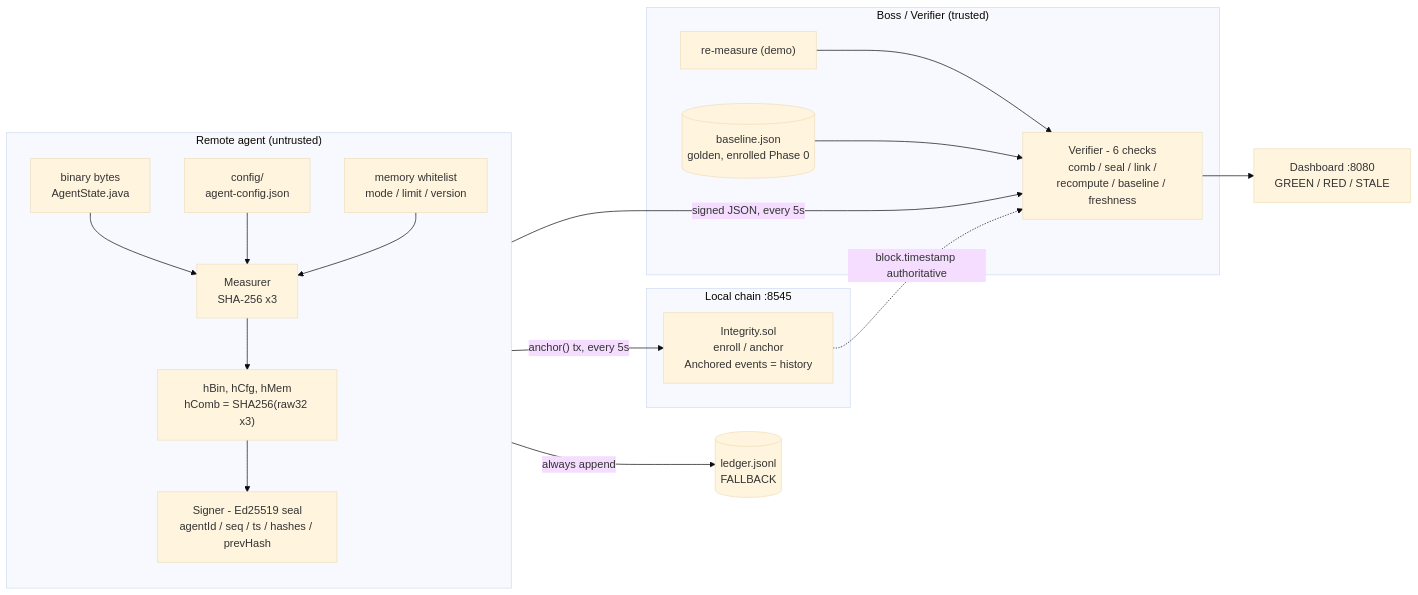
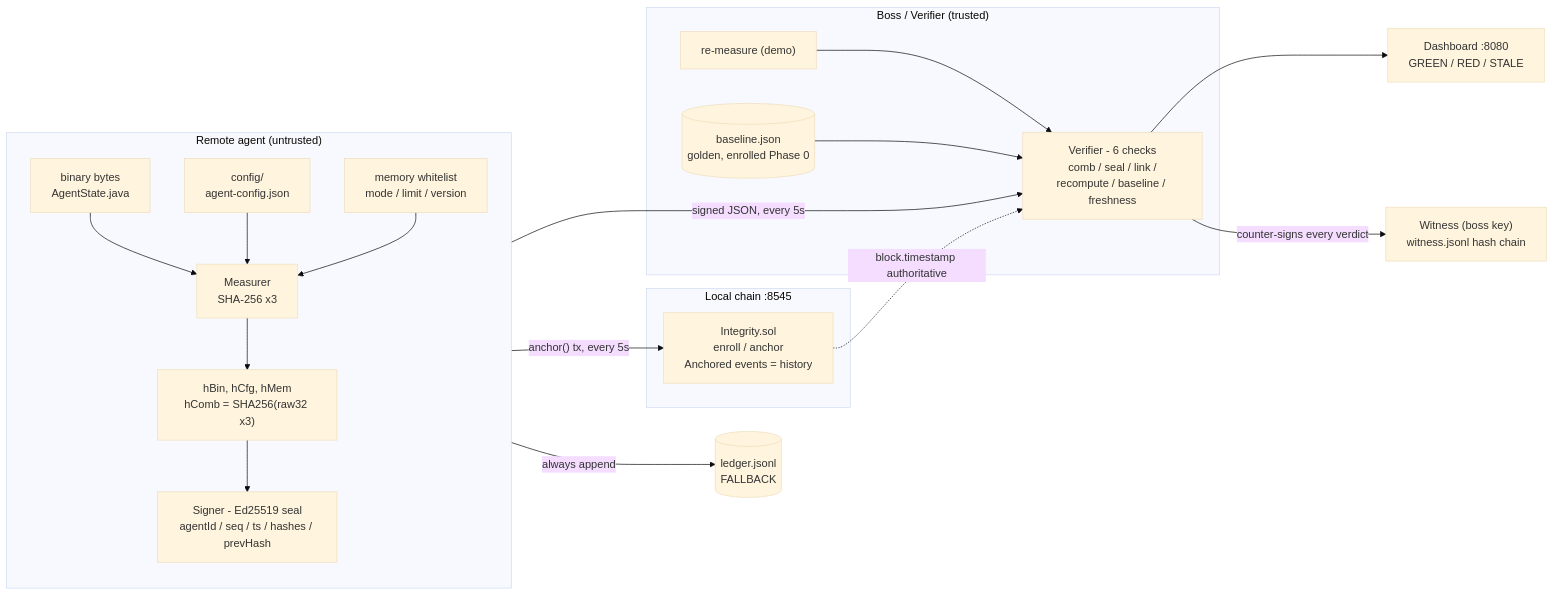
Before and after one commit to rajit2004/Decentralized-Runtime-Integrity-Engine-for-Remote-Agents: the first of 2 diagrams in README.md, drawn with Mermaid (base theme). The commit also changed other lines of this file and 2 other files, not shown here.

First line of the commit message:
docs state the software-only limit up front, document KEY_MISMATCH and witness audit

````diff
--- a/README.md
+++ b/README.md
@@ -62,26 +62,27 @@
 ```mermaid
 flowchart LR
   subgraph AGENT["Remote agent (untrusted)"]
     direction TB
     B1["binary bytes<br/>AgentState.java"] --> M["Measurer<br/>SHA-256 x3"]
     B2["config/<br/>agent-config.json"] --> M
     B3["memory whitelist<br/>mode / limit / version"] --> M
     M --> H["hBin, hCfg, hMem<br/>hComb = SHA256(raw32 x3)"]
     H --> S["Signer - Ed25519 seal<br/>agentId / seq / ts / hashes / prevHash"]
   end
 
   subgraph CHAIN["Local chain :8545"]
     SOL["Integrity.sol<br/>enroll / anchor<br/>Anchored events = history"]
   end
 
   subgraph BOSS["Boss / Verifier (trusted)"]
     RE["re-measure (demo)"] --> V["Verifier - 6 checks<br/>comb / seal / link /<br/>recompute / baseline / freshness"]
     BASE[("baseline.json<br/>golden, enrolled Phase 0")] --> V
   end
 
   S -->|"signed JSON, every 5s"| V
   S -->|"anchor() tx, every 5s"| SOL
   S -->|"always append"| LED[("ledger.jsonl<br/>FALLBACK")]
   SOL -. "block.timestamp authoritative" .-> V
   V --> D["Dashboard :8080<br/>GREEN / RED / STALE"]
+  V -->|"counter-signs every verdict"| W["Witness (boss key)<br/>witness.jsonl hash chain"]
 ```
````
